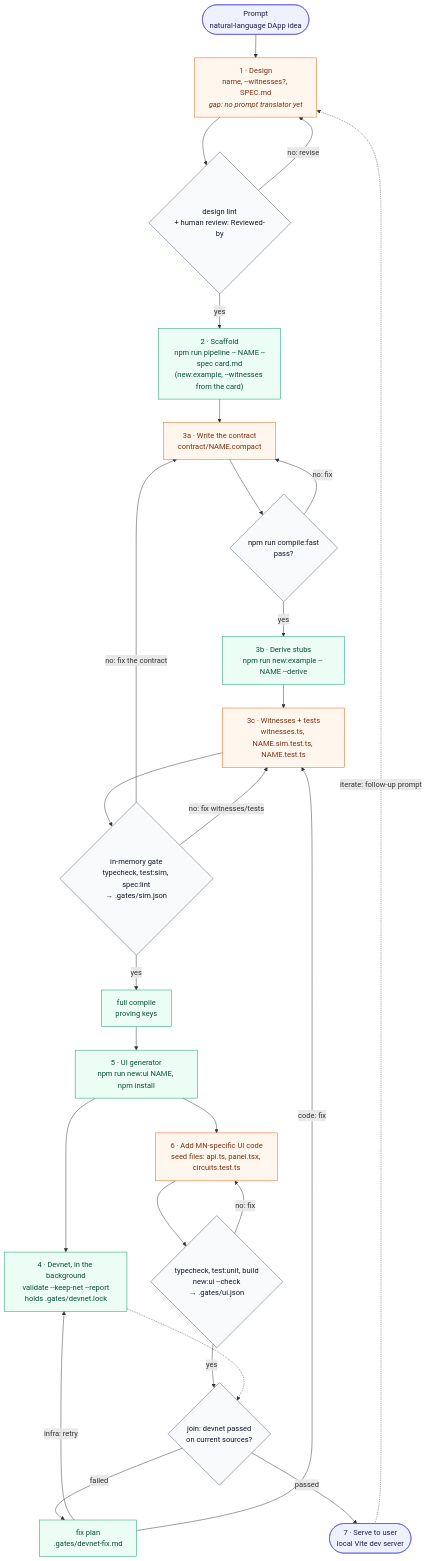
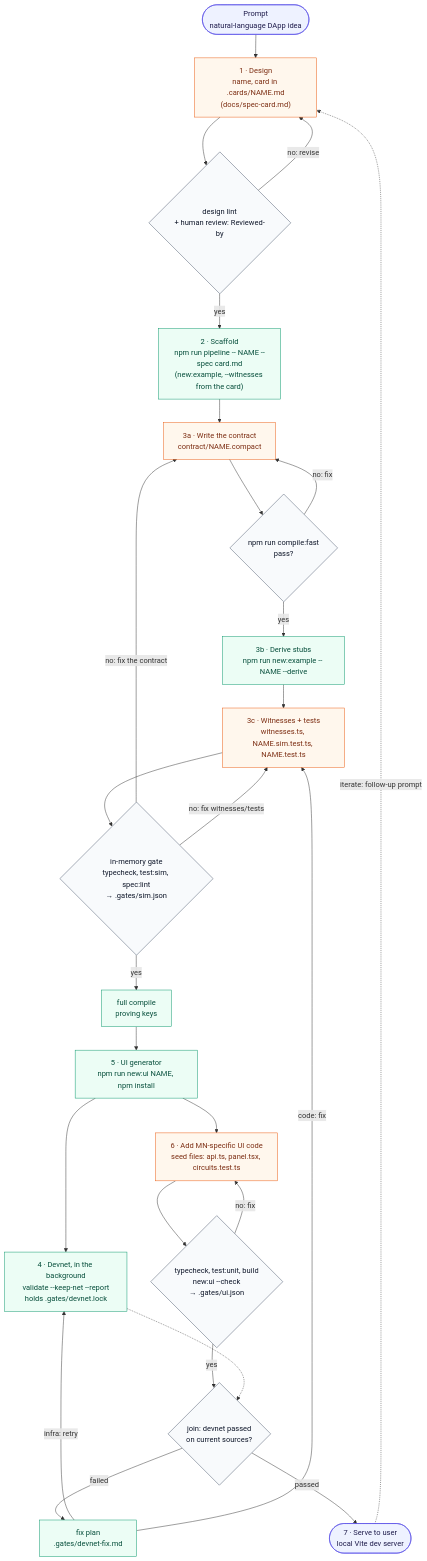
One commit to midnightntwrk/midnight-examples changed the second of 2 diagrams in docs/generation-flow.md. Above: the diagram before and after it, drawn with Mermaid. The commit also changed other lines of this file and 7 other files, not shown here.

First line of the commit message:
pipeline: draft the design card from a request (step 1)

````diff
--- a/docs/generation-flow.md
+++ b/docs/generation-flow.md
@@ -36,44 +36,44 @@
 ```mermaid
 flowchart TD
   P(["Prompt<br/>natural-language DApp idea"]):::io
-  T["1 · Design<br/>name, --witnesses?, SPEC.md<br/><i>gap: no prompt translator yet</i>"]:::reason
+  T["1 · Design<br/>name, card in .cards/NAME.md<br/>(docs/spec-card.md)"]:::reason
   H{"design lint<br/>+ human review: Reviewed-by"}:::gate
   S["2 · Scaffold<br/>npm run pipeline -- NAME --spec card.md<br/>(new:example, --witnesses from the card)"]:::script
   R1["3a · Write the contract<br/>contract/NAME.compact"]:::reason
   C{"npm run compile:fast<br/>pass?"}:::gate
   DV["3b · Derive stubs<br/>npm run new:example -- NAME --derive"]:::script
   R3["3c · Witnesses + tests<br/>witnesses.ts, NAME.sim.test.ts, NAME.test.ts"]:::reason
   M{"in-memory gate<br/>typecheck, test:sim, spec:lint<br/>→ .gates/sim.json"}:::gate
   FC["full compile<br/>proving keys"]:::script
   U["5 · UI generator<br/>npm run new:ui NAME, npm install"]:::script
   D["4 · Devnet, in the background<br/>validate --keep-net --report<br/>holds .gates/devnet.lock"]:::script
   R2["6 · Add MN-specific UI code<br/>seed files: api.ts, panel.tsx, circuits.test.ts"]:::reason
   B{"typecheck, test:unit, build<br/>new:ui --check<br/>→ .gates/ui.json"}:::gate
   J{"join: devnet passed<br/>on current sources?"}:::gate
   FX["fix plan<br/>.gates/devnet-fix.md"]:::script
   O(["7 · Serve to user<br/>local Vite dev server"]):::io
 
   P --> T --> H
   H -- "no: revise" --> T
   H -- yes --> S --> R1 --> C
   C -- "no: fix" --> R1
   C -- yes --> DV --> R3 --> M
   M -- "no: fix the contract" --> R1
   M -- "no: fix witnesses/tests" --> R3
   M -- yes --> FC --> U --> D
   U --> R2 --> B
   B -- "no: fix" --> R2
   B -- yes --> J
   D -.-> J
   J -- "failed" --> FX
   FX -- "infra: retry" --> D
   FX -- "code: fix" --> R3
   J -- "passed" --> O
   O -. "iterate: follow-up prompt" .-> T
 
   classDef io fill:#eef2ff,stroke:#4f46e5,color:#1e1b4b
   classDef script fill:#ecfdf5,stroke:#059669,color:#064e3b
   classDef reason fill:#fff7ed,stroke:#ea580c,color:#7c2d12
   classDef gate fill:#f8fafc,stroke:#475569,color:#0f172a
   classDef gap fill:#f1f5f9,stroke:#94a3b8,color:#475569,stroke-dasharray: 4 3
 ```
````
